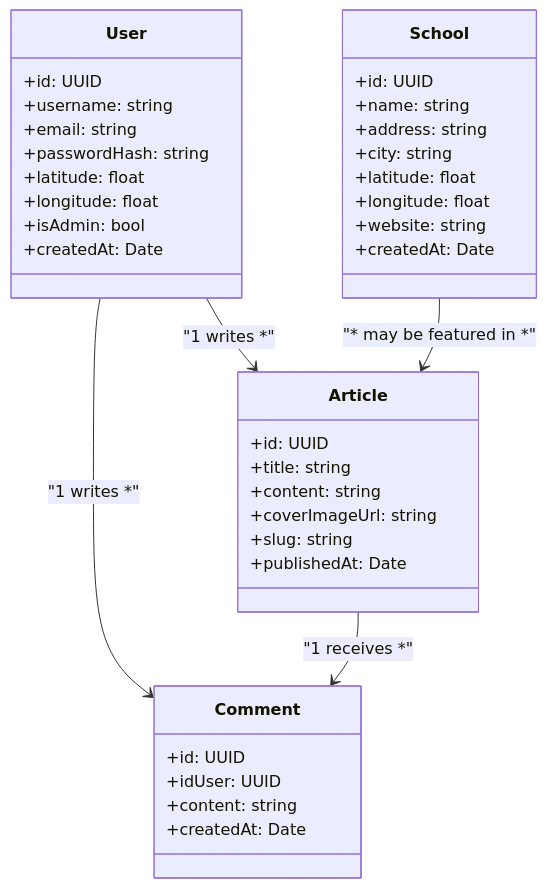
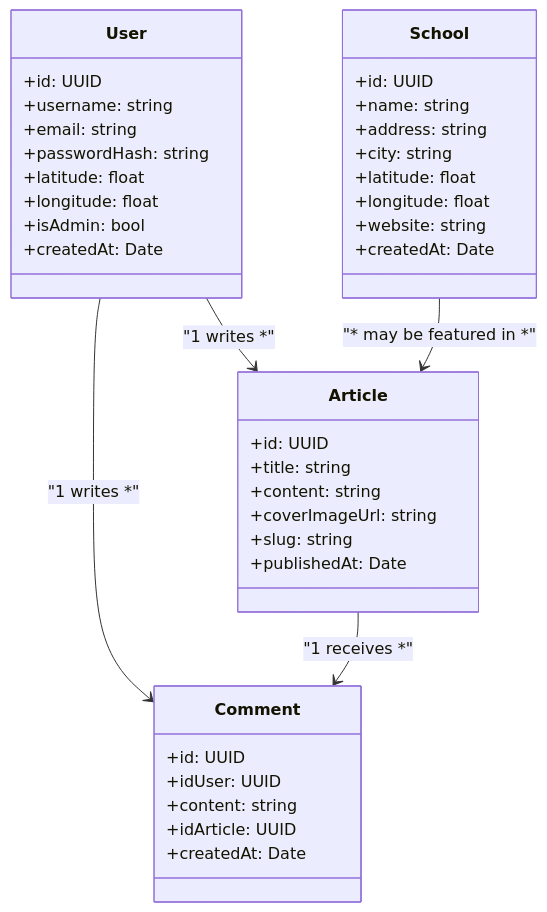
The first of 5 diagrams in uml.md (KerdanetYvan/absolute-app), drawn with Mermaid before and after one commit.

Commit message:
idArticle

````diff
--- a/uml.md
+++ b/uml.md
@@ -5,48 +5,49 @@
 ```mermaid
 
 classDiagram
     class User {
         +id: UUID
         +username: string
         +email: string
         +passwordHash: string
         +latitude: float
         +longitude: float
         +isAdmin: bool
         +createdAt: Date
 
     }
 
     class School {
         +id: UUID
         +name: string
         +address: string
         +city: string
         +latitude: float
         +longitude: float
         +website: string
         +createdAt: Date
     }
 
     class Article {
         +id: UUID
         +title: string
         +content: string
         +coverImageUrl: string
         +slug: string
         +publishedAt: Date
     }
 
     class Comment {
         +id: UUID
         +idUser: UUID
         +content: string
+        +idArticle: UUID
         +createdAt: Date
     }
 
     User --> Comment : "1 writes *"
     Article --> Comment : "1 receives *"
     User --> Article : "1 writes *"
     School --> Article : "* may be featured in *"
 
 ```
````
